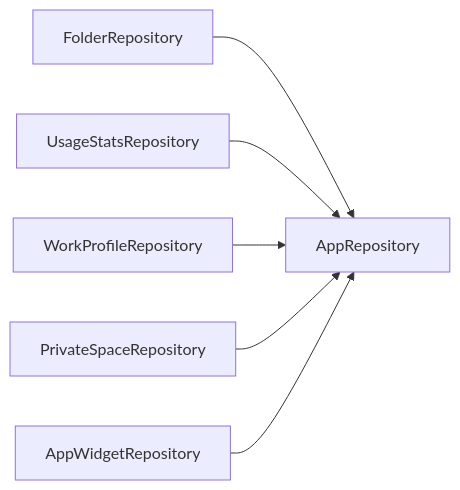
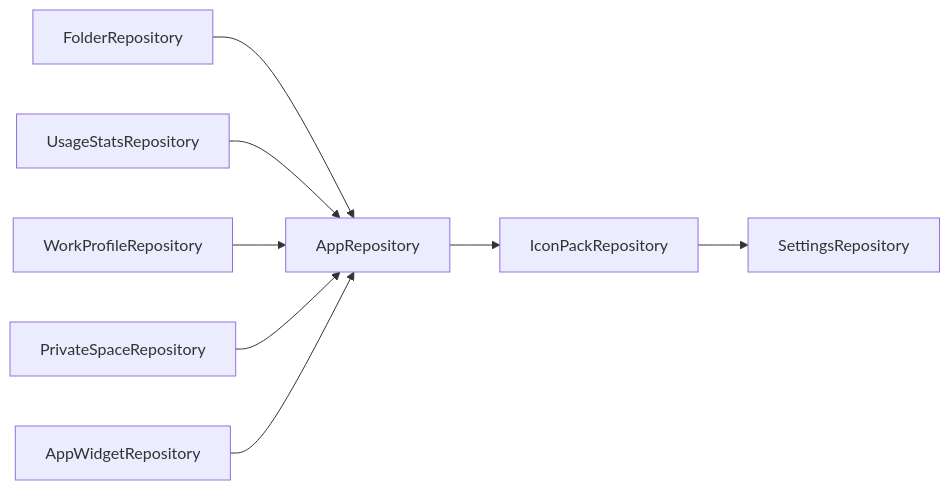
One commit to rohitganjam/facet-launcher changed the diagram in docs/architecture/07-registries.md. Above: the diagram before and after it, drawn with Mermaid. The commit also changed other lines of this file and 46 other files, not shown here.

First line of the commit message:
Add icon pack support

````diff
--- a/docs/architecture/07-registries.md
+++ b/docs/architecture/07-registries.md
@@ -72,9 +73,11 @@
 ```mermaid
 flowchart LR
     AR[AppRepository]
     FOR[FolderRepository] --> AR
     USR[UsageStatsRepository] --> AR
     WPR[WorkProfileRepository] --> AR
     PSR[PrivateSpaceRepository] --> AR
     AWR[AppWidgetRepository] --> AR
+    AR --> IPR[IconPackRepository]
+    IPR --> SR[SettingsRepository]
 ```
````
